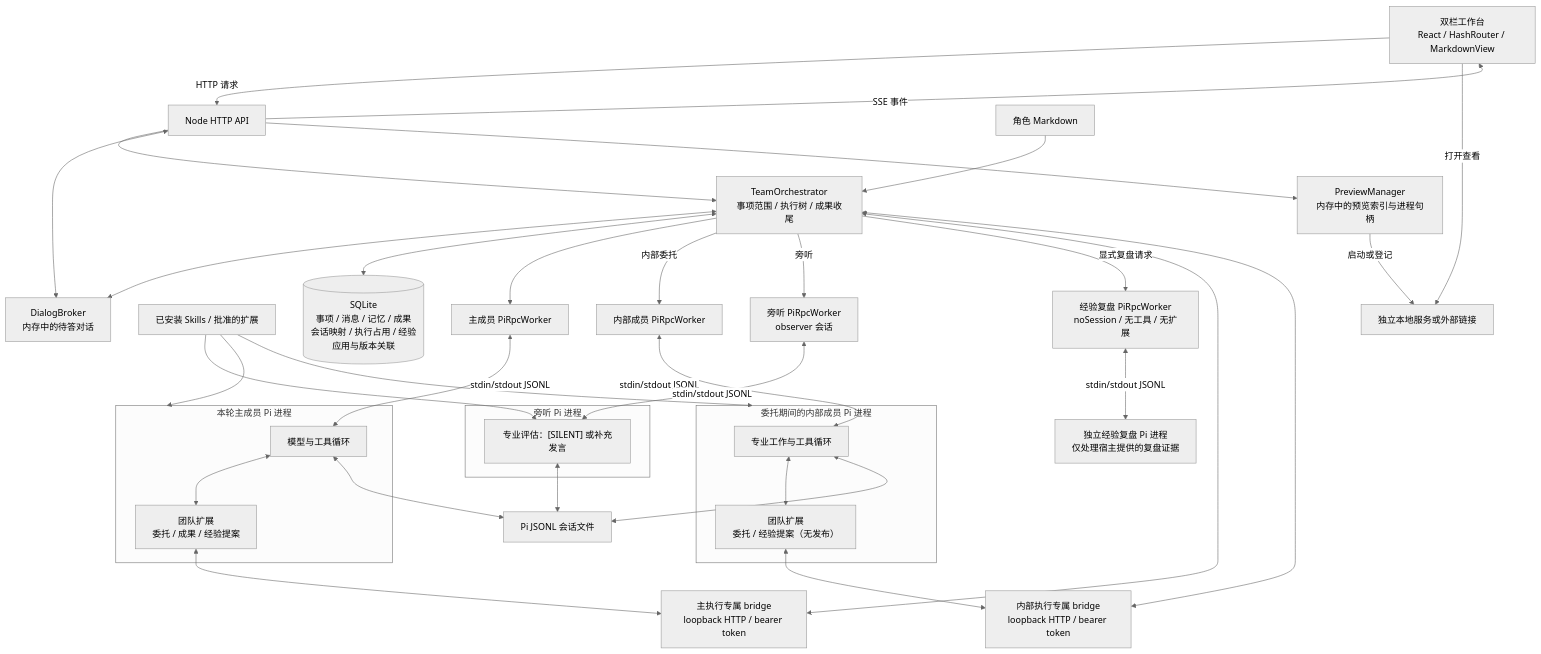
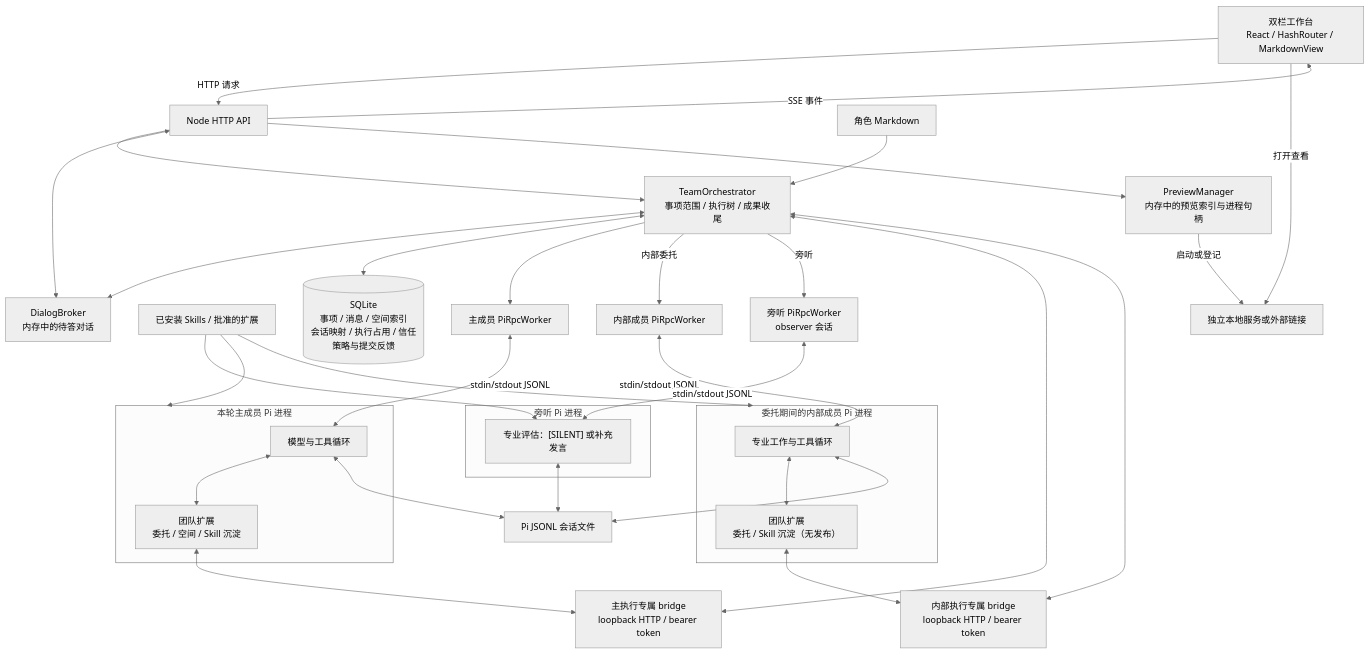
One commit to civaapple-alt/personal-agent changed the first of 2 diagrams in docs/concepts/architecture-and-plan.md. Above: the diagram before and after it, drawn with Mermaid (neutral theme). The commit also changed other lines of this file and 6 other files, not shown here.

````diff
--- a/docs/concepts/architecture-and-plan.md
+++ b/docs/concepts/architecture-and-plan.md
@@ -61,63 +61,59 @@
 ```mermaid
 flowchart TB
     UI["双栏工作台<br/>React / HashRouter / MarkdownView"]
     API["Node HTTP API"]
     O["TeamOrchestrator<br/>事项范围 / 执行树 / 成果收尾"]
-    DB[("SQLite<br/>事项 / 消息 / 记忆 / 成果<br/>会话映射 / 执行占用 / 经验应用与版本关联")]
+    DB[("SQLite<br/>事项 / 消息 / 空间索引<br/>会话映射 / 执行占用 / 信任策略与提交反馈")]
     Roles["角色 Markdown"]
     Skills["已安装 Skills / 批准的扩展"]
     Dialog["DialogBroker<br/>内存中的待答对话"]
     Preview["PreviewManager<br/>内存中的预览索引与进程句柄"]
     Service["独立本地服务或外部链接"]
     R1["主成员 PiRpcWorker"]
     R2["内部成员 PiRpcWorker"]
     R3["旁听 PiRpcWorker<br/>observer 会话"]
-    R4["经验复盘 PiRpcWorker<br/>noSession / 无工具 / 无扩展"]
     B1["主执行专属 bridge<br/>loopback HTTP / bearer token"]
     B2["内部执行专属 bridge<br/>loopback HTTP / bearer token"]
     Files["Pi JSONL 会话文件"]
 
     subgraph MainProcess["本轮主成员 Pi 进程"]
         M["模型与工具循环"]
-        E1["团队扩展<br/>委托 / 成果 / 经验提案"]
+        E1["团队扩展<br/>委托 / 空间 / Skill 沉淀"]
         M <--> E1
     end
     subgraph ChildProcess["委托期间的内部成员 Pi 进程"]
         C["专业工作与工具循环"]
-        E2["团队扩展<br/>委托 / 经验提案（无发布）"]
+        E2["团队扩展<br/>委托 / Skill 沉淀（无发布）"]
         C <--> E2
     end
     subgraph ObserverProcess["旁听 Pi 进程"]
         OBS["专业评估：[SILENT] 或补充发言"]
     end
-    REF["独立经验复盘 Pi 进程<br/>仅处理宿主提供的复盘证据"]
 
     UI -->|"HTTP 请求"| API
     API -->|"SSE 事件"| UI
     API --> O
     API <--> Dialog
     O <--> Dialog
     O <--> DB
     Roles --> O
     O --> R1
     O -->|"内部委托"| R2
     O -->|"旁听"| R3
-    O -->|"显式复盘请求"| R4
     R1 <-->|"stdin/stdout JSONL"| M
     R2 <-->|"stdin/stdout JSONL"| C
     R3 <-->|"stdin/stdout JSONL"| OBS
-    R4 <-->|"stdin/stdout JSONL"| REF
     E1 <--> B1
     E2 <--> B2
     B1 <--> O
     B2 <--> O
     Skills --> MainProcess
     Skills --> ChildProcess
     Skills --> OBS
     OBS <--> Files
     M <--> Files
     C <--> Files
     API --> Preview
     Preview -->|"启动或登记"| Service
     UI -->|"打开查看"| Service
 ```
````
